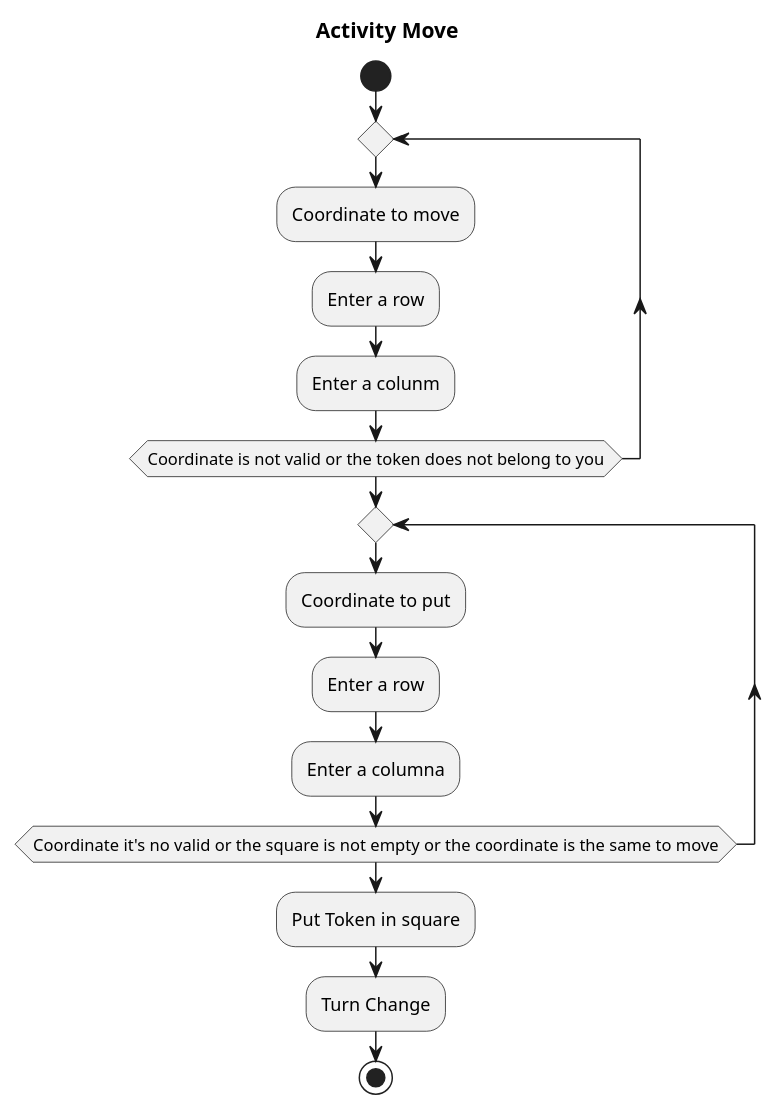
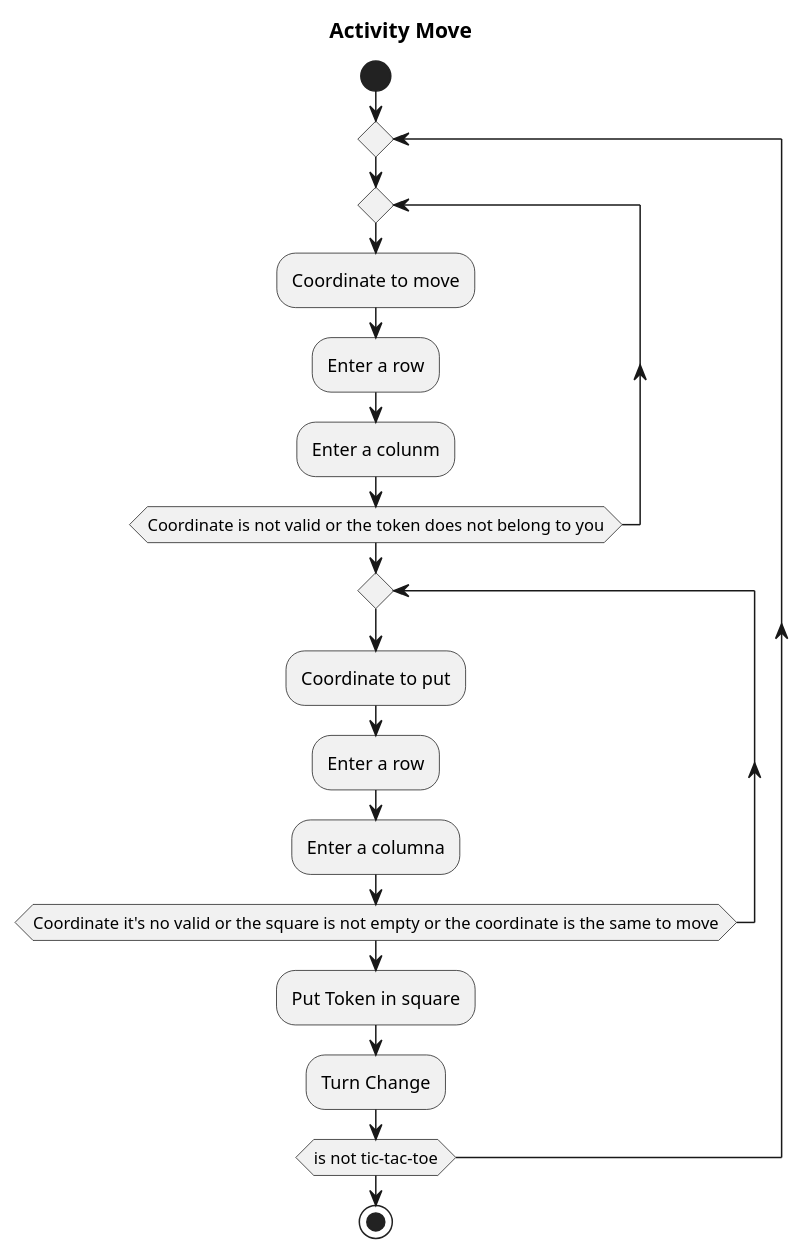
The sixth of 6 diagrams in Docs/DomainModel.plantuml (franpaulinoinfante/TicTacToe), drawn with PlantUML before and after one commit. The commit also changed other lines of this file, not shown here.

```diff
--- a/Docs/DomainModel.plantuml
+++ b/Docs/DomainModel.plantuml
@@ -306,18 +304,20 @@
 @startuml Activity Move
     title Activity Move
     
     start
-        repeat
-            :Coordinate to move;
-            :Enter a row;
-            :Enter a colunm;
-        repeat while(Coordinate is not valid or the token does not belong to you)
-        repeat
-            :Coordinate to put;
-            :Enter a row;
-            :Enter a columna;
-        repeat while(Coordinate it's no valid or the square is not empty or the coordinate is the same to move)
-            :Put Token in square;
-            :Turn Change;
+        repeat        
+            repeat
+                :Coordinate to move;
+                :Enter a row;
+                :Enter a colunm;
+            repeat while(Coordinate is not valid or the token does not belong to you)
+            repeat
+                :Coordinate to put;
+                :Enter a row;
+                :Enter a columna;
+            repeat while(Coordinate it's no valid or the square is not empty or the coordinate is the same to move)
+                :Put Token in square;
+                :Turn Change;
+        repeat while(is not tic-tac-toe)
     stop
 @enduml
```
